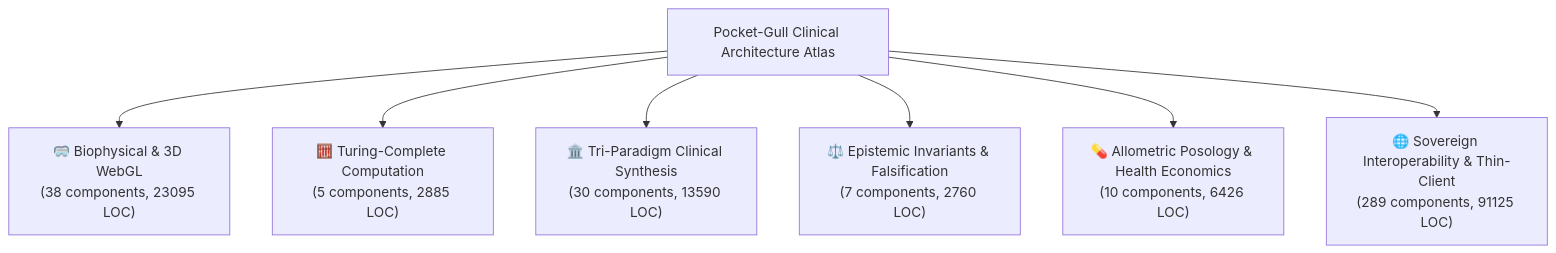
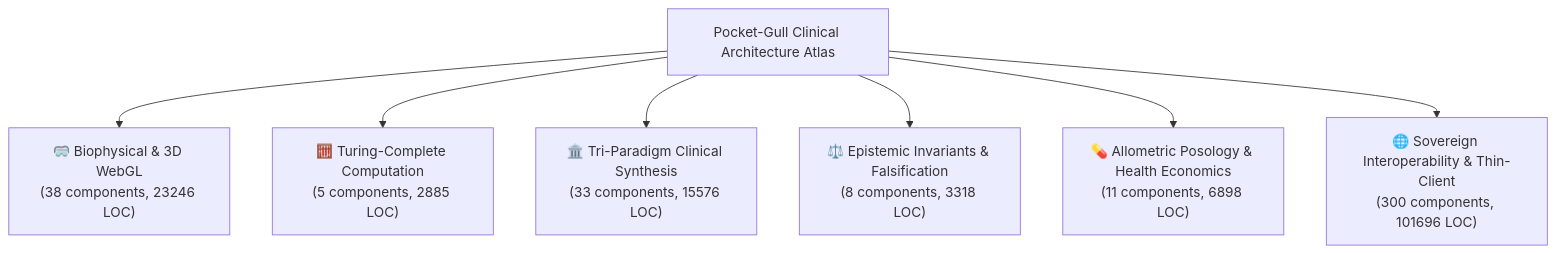
The diagram in docs/ARCHITECTURE_ATLAS.md (pocketgull-app/pocketgull), drawn with Mermaid before and after one commit. The commit also changed other lines of this file and 79 other files, not shown here.

````diff
--- a/docs/ARCHITECTURE_ATLAS.md
+++ b/docs/ARCHITECTURE_ATLAS.md
@@ -19,10 +19,10 @@
 ```mermaid
 graph TD
     Atlas["Pocket-Gull Clinical Architecture Atlas"]
-    Atlas --> S_biophysical_3d["🥽 Biophysical & 3D WebGL<br/>(38 components, 23095 LOC)"]
+    Atlas --> S_biophysical_3d["🥽 Biophysical & 3D WebGL<br/>(38 components, 23246 LOC)"]
     Atlas --> S_turing_computation["🧮 Turing-Complete Computation<br/>(5 components, 2885 LOC)"]
-    Atlas --> S_tri_paradigm_synthesis["🏛️ Tri-Paradigm Clinical Synthesis<br/>(30 components, 13590 LOC)"]
-    Atlas --> S_epistemic_invariants["⚖️ Epistemic Invariants & Falsification<br/>(7 components, 2760 LOC)"]
-    Atlas --> S_allometric_posology["💊 Allometric Posology & Health Economics<br/>(10 components, 6426 LOC)"]
-    Atlas --> S_sovereign_interop["🌐 Sovereign Interoperability & Thin-Client<br/>(289 components, 91125 LOC)"]
+    Atlas --> S_tri_paradigm_synthesis["🏛️ Tri-Paradigm Clinical Synthesis<br/>(33 components, 15576 LOC)"]
+    Atlas --> S_epistemic_invariants["⚖️ Epistemic Invariants & Falsification<br/>(8 components, 3318 LOC)"]
+    Atlas --> S_allometric_posology["💊 Allometric Posology & Health Economics<br/>(11 components, 6898 LOC)"]
+    Atlas --> S_sovereign_interop["🌐 Sovereign Interoperability & Thin-Client<br/>(300 components, 101696 LOC)"]
 ```
````
